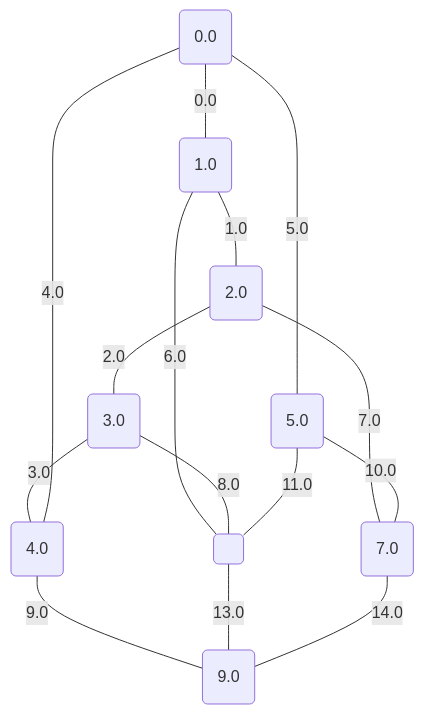
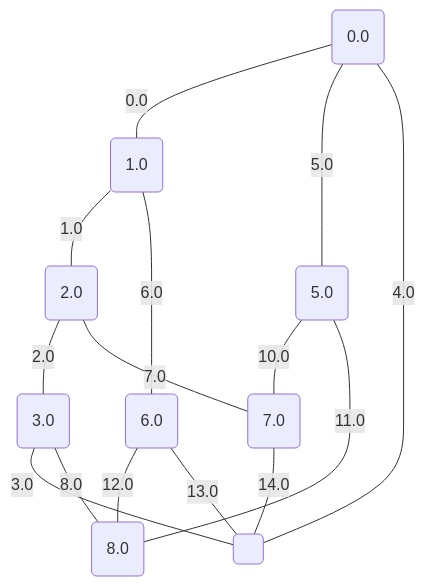
One commit to metury/graphs changed the third of 17 diagrams in project/src/testing/showcase/minCutPetersen.md. Above: the diagram before and after it, drawn with Mermaid. The commit also changed other lines of this file and 33 other files, not shown here.

````diff
--- a/project/src/testing/showcase/minCutPetersen.md
+++ b/project/src/testing/showcase/minCutPetersen.md
@@ -75,26 +75,26 @@
 ```mermaid
 graph TD;
 	0("0.0");
 	1("1.0");
 	2("2.0");
 	3("3.0");
-	4("4.0");
-	5("5.0");
+	4("5.0");
+	5("6.0");
 	6("7.0");
-	7("9.0");
+	7("8.0");
 	8(" ");
 	0 -- "0.0" --- 1;
 	1 -- "1.0" --- 2;
 	2 -- "2.0" --- 3;
-	3 -- "3.0" --- 4;
-	4 -- "4.0" --- 0;
-	0 -- "5.0" --- 5;
-	1 -- "6.0" --- 8;
+	3 -- "3.0" --- 8;
+	8 -- "4.0" --- 0;
+	0 -- "5.0" --- 4;
+	1 -- "6.0" --- 5;
 	2 -- "7.0" --- 6;
-	3 -- "8.0" --- 8;
-	4 -- "9.0" --- 7;
-	5 -- "10.0" --- 6;
-	5 -- "11.0" --- 8;
-	8 -- "13.0" --- 7;
-	6 -- "14.0" --- 7;
+	3 -- "8.0" --- 7;
+	4 -- "10.0" --- 6;
+	4 -- "11.0" --- 7;
+	5 -- "12.0" --- 7;
+	5 -- "13.0" --- 8;
+	6 -- "14.0" --- 8;
 ```
````
